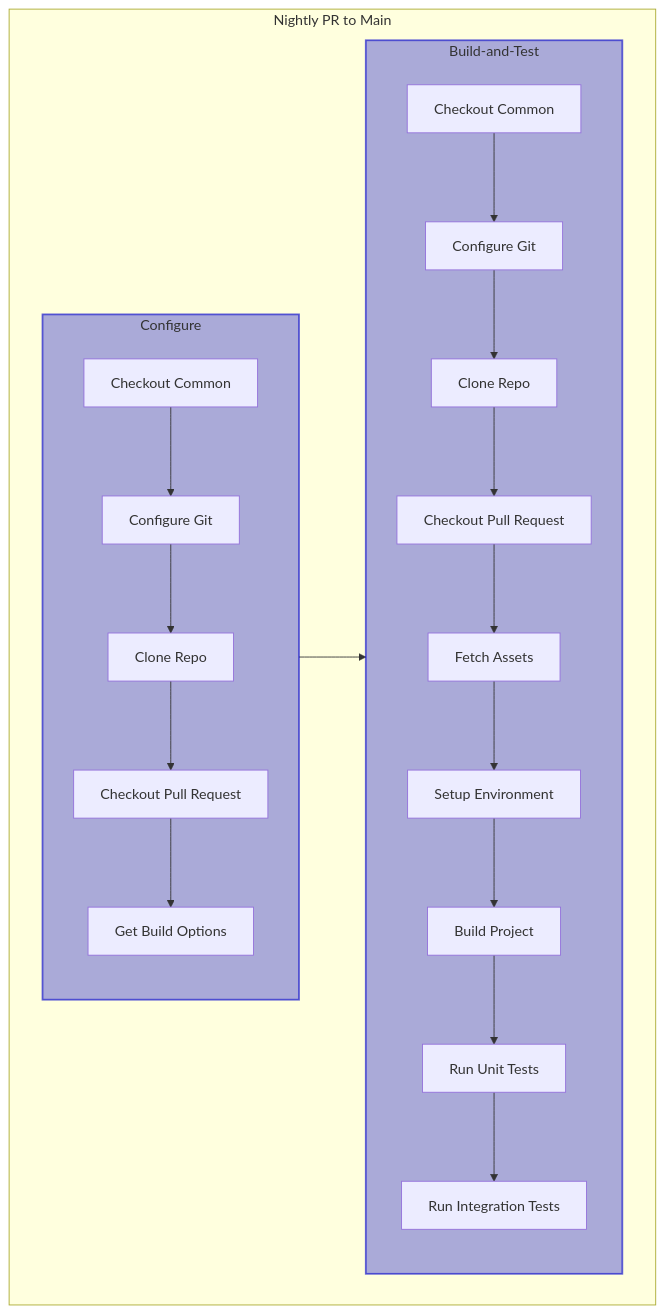
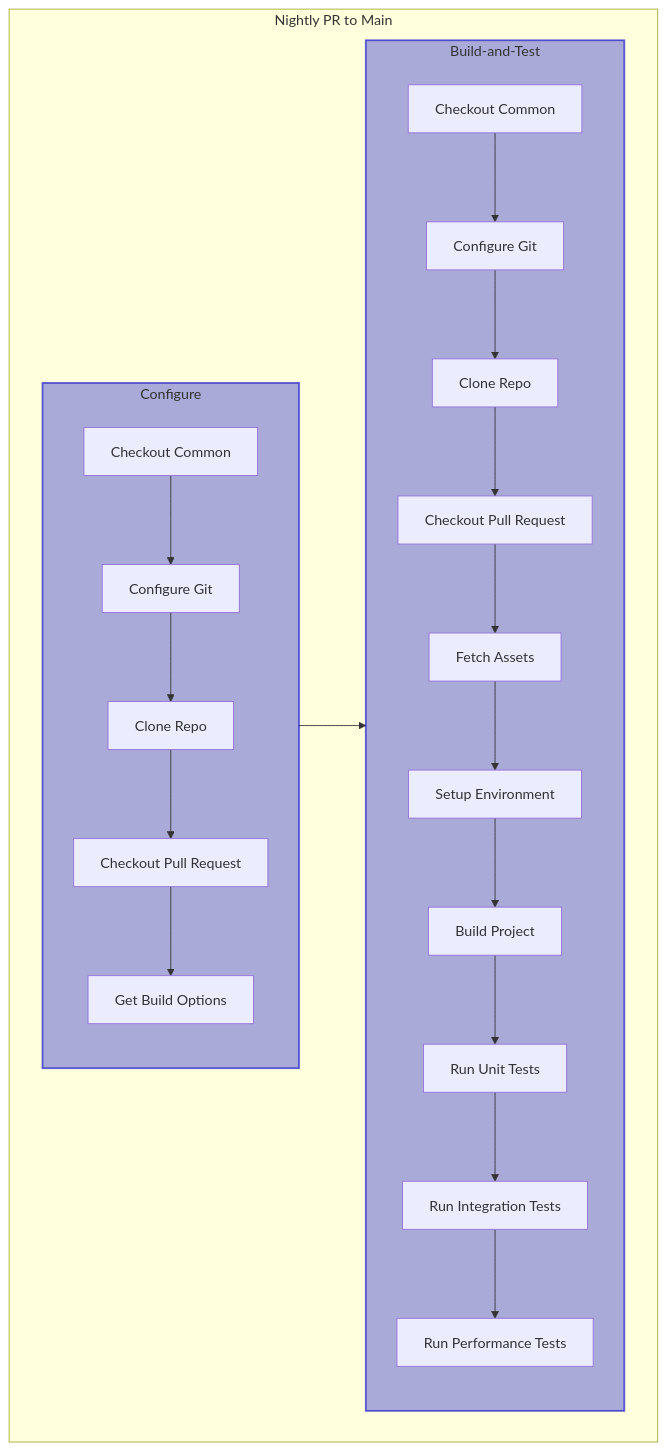
Before and after one commit to postindustria-tech/common-ci: the second of 4 diagrams in README.md, drawn with Mermaid.

````diff
--- a/README.md
+++ b/README.md
@@ -444,26 +444,27 @@
 ``` mermaid
 flowchart TD
   subgraph "Nightly PR to Main"
     subgraph conf[Configure]
         direction TB
         style conf fill:#00C5,stroke:#00C9,stroke-width:2px;
       A[Checkout Common] --> B[Configure Git]
       B --> C[Clone Repo]
       C --> D[Checkout Pull Request]
       D --> E[Get Build Options]
     end
     subgraph bat[Build-and-Test]
         direction TB
         style bat fill:#00C5,stroke:#00C9,stroke-width:2px;
       F[Checkout Common] --> G[Configure Git]
       G --> H[Clone Repo]
       H --> I[Checkout Pull Request]
       I --> J[Fetch Assets]
       J --> K[Setup Environment]
       K --> L[Build Project]
       L --> M[Run Unit Tests]
       M --> N[Run Integration Tests]
+      N --> O[Run Performance Tests]
     end
     conf-->bat
   end
   ```
````
